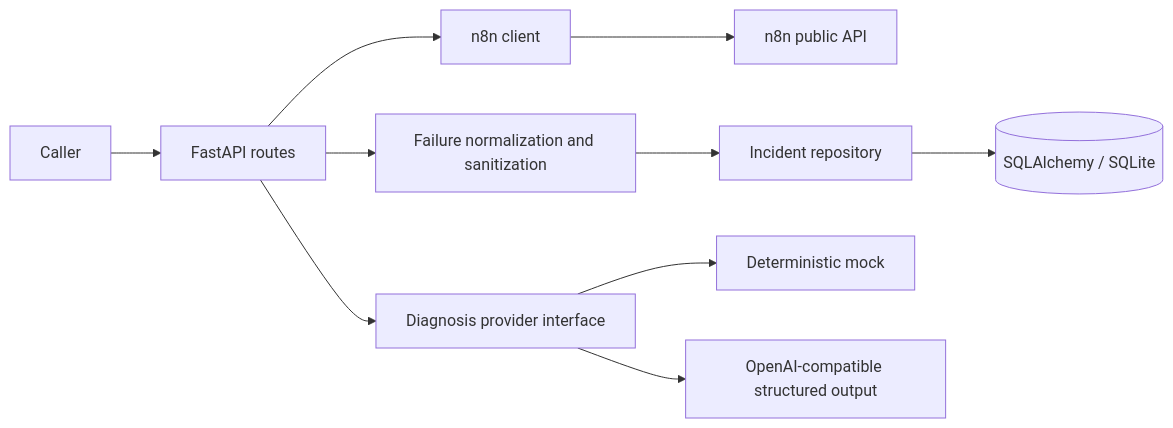
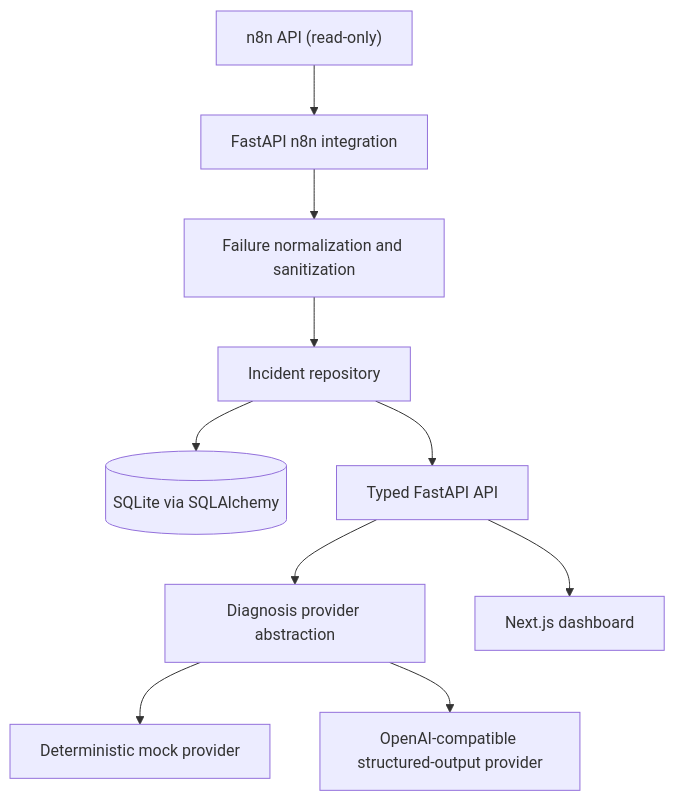
Before and after one commit to engdareenbassamesleem/flowmedic-ai: the diagram in README.md, drawn with Mermaid. The commit also changed other lines of this file and 2 other files, not shown here.

Commit message:
docs: polish FlowMedic for portfolio presentation

````diff
--- a/README.md
+++ b/README.md
@@ -114,12 +47,12 @@
 ```mermaid
-flowchart LR
-    Caller --> API[FastAPI routes]
-    API --> N8N[n8n client]
-    N8N --> Remote[n8n public API]
-    API --> Normalize[Failure normalization and sanitization]
-    Normalize --> Repo[Incident repository]
-    Repo --> DB[(SQLAlchemy / SQLite)]
-    API --> Provider[Diagnosis provider interface]
-    Provider --> Mock[Deterministic mock]
-    Provider --> AI[OpenAI-compatible structured output]
+flowchart TB
+    n8n["n8n API (read-only)"] --> integration["FastAPI n8n integration"]
+    integration --> normalize["Failure normalization and sanitization"]
+    normalize --> repository["Incident repository"]
+    repository --> database[("SQLite via SQLAlchemy")]
+    repository --> api["Typed FastAPI API"]
+    api --> provider["Diagnosis provider abstraction"]
+    provider --> mock["Deterministic mock provider"]
+    provider --> live["OpenAI-compatible structured-output provider"]
+    api --> dashboard["Next.js dashboard"]
 ```
````
